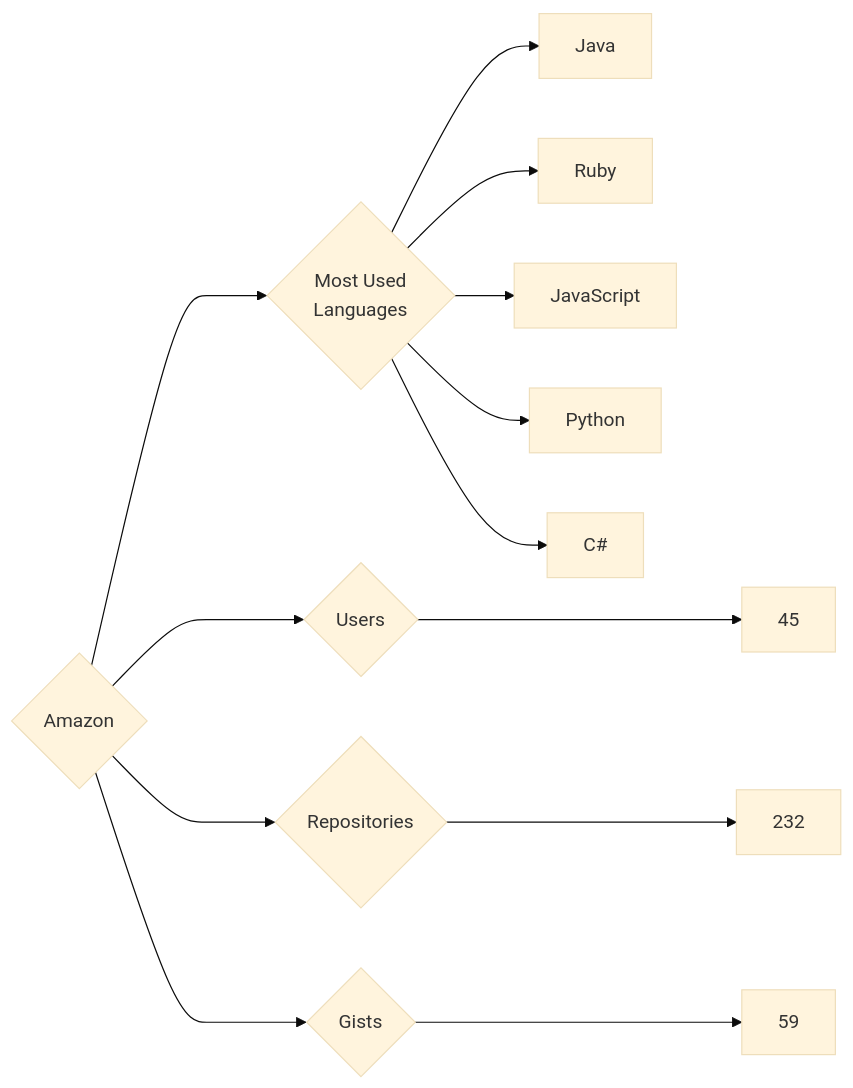
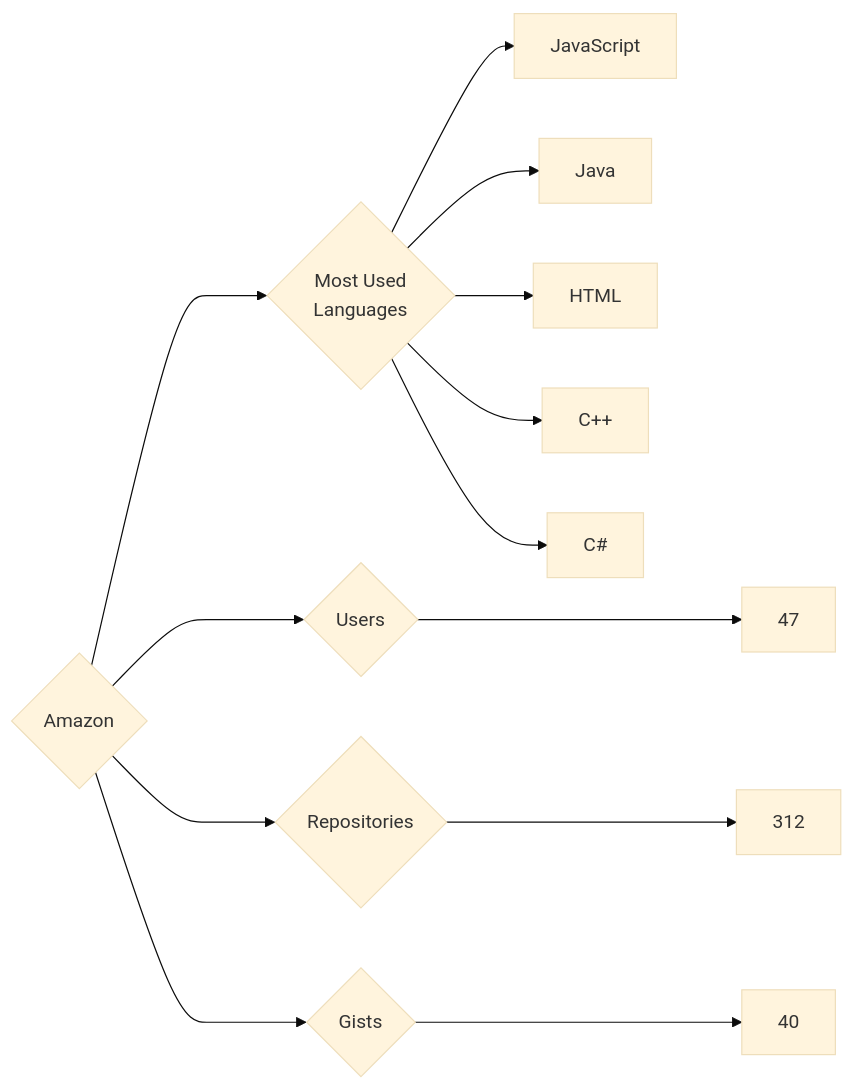
One commit to trickest/insiders changed the diagram in targets/Amazon/README.md. Above: the diagram before and after it, drawn with Mermaid (base theme). The commit also changed 681 other files, not shown here.

````diff
--- a/targets/Amazon/README.md
+++ b/targets/Amazon/README.md
@@ -3,13 +3,13 @@
 ```mermaid
 graph LR
 COMPANY_NAME{Amazon}
-COMPANY_NAME ---> U{Users} ---> UN[45]
-COMPANY_NAME ---> R{Repositories} ---> RN[232]
-COMPANY_NAME ---> G{Gists} ---> GN[59]
+COMPANY_NAME ---> U{Users} ---> UN[47]
+COMPANY_NAME ---> R{Repositories} ---> RN[312]
+COMPANY_NAME ---> G{Gists} ---> GN[40]
 COMPANY_NAME ---> ML{Most Used<br>Languages}
+ML --> JavaScript[JavaScript]
 ML --> Java[Java]
-ML --> Ruby[Ruby]
-ML --> JavaScript[JavaScript]
-ML --> Python[Python]
+ML --> HTML[HTML]
+ML --> C++[C++]
 ML --> C#[C#]
 ```
````
